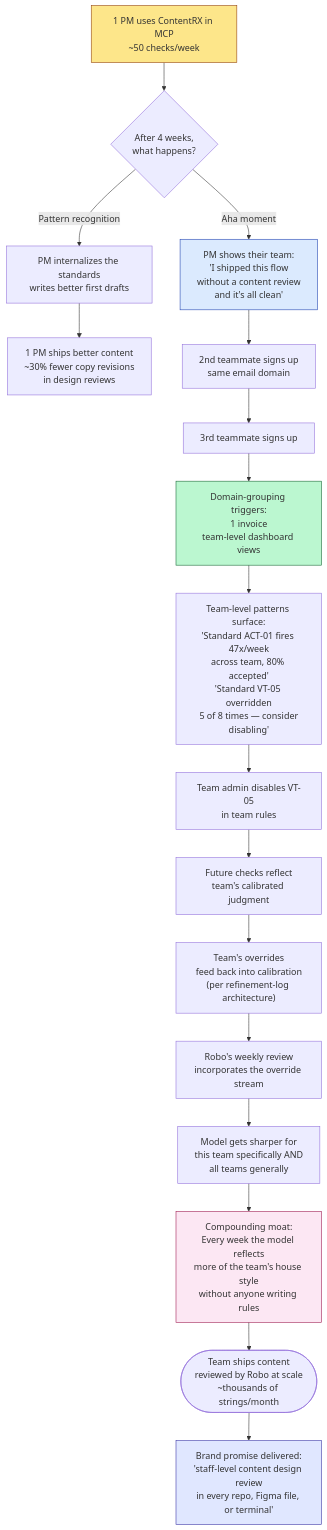
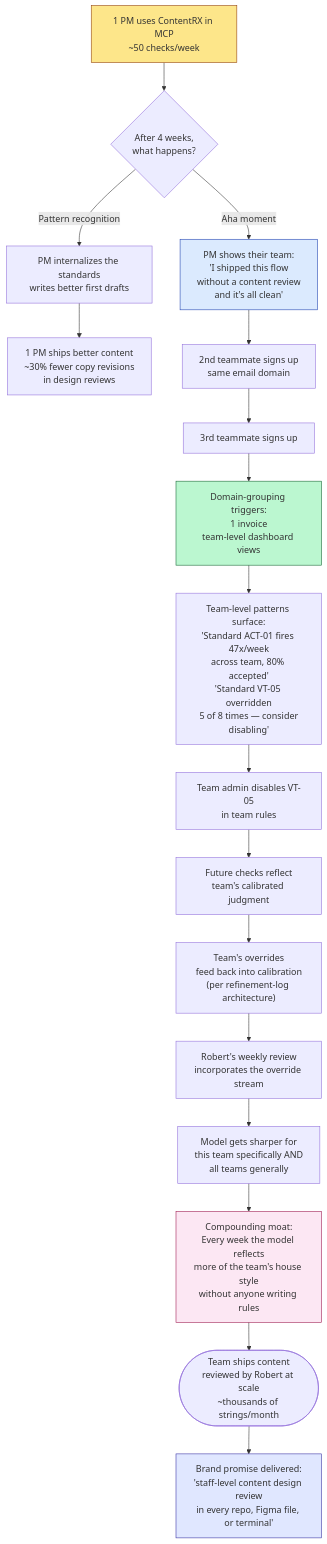
The fourth of 5 diagrams in customer-journey-diagrams-2026-04-26.md (thenewforktimes/contentRX), drawn with Mermaid before and after one commit. The commit also changed other lines of this file and 72 other files, not shown here.

First line of the commit message:
fix(site): footer on dashboard, Robert (not Robo) + staff title, kill /dashboard/calibrate

````diff
--- a/customer-journey-diagrams-2026-04-26.md
+++ b/customer-journey-diagrams-2026-04-26.md
@@ -194,45 +194,45 @@
 ```mermaid
 flowchart TD
     A[1 PM uses ContentRX in MCP<br/>~50 checks/week] --> B{After 4 weeks,<br/>what happens?}
 
     B -->|Pattern recognition| C[PM internalizes the standards<br/>writes better first drafts]
     B -->|Aha moment| D["PM shows their team:<br/>'I shipped this flow<br/>without a content review<br/>and it's all clean'"]
 
     C --> E[1 PM ships better content<br/>~30% fewer copy revisions<br/>in design reviews]
 
     D --> F[2nd teammate signs up<br/>same email domain]
     F --> G[3rd teammate signs up]
 
     G --> H[Domain-grouping triggers:<br/>1 invoice<br/>team-level dashboard views]
 
     H --> I[Team-level patterns surface:<br/>'Standard ACT-01 fires 47x/week<br/>across team, 80% accepted'<br/>'Standard VT-05 overridden<br/>5 of 8 times — consider<br/>disabling']
 
     I --> J[Team admin disables VT-05<br/>in team rules]
     J --> K[Future checks reflect<br/>team's calibrated judgment]
 
     K --> L["Team's overrides<br/>feed back into calibration<br/>(per refinement-log architecture)"]
 
-    L --> M[Robo's weekly review<br/>incorporates the override stream]
+    L --> M[Robert's weekly review<br/>incorporates the override stream]
 
     M --> N[Model gets sharper for<br/>this team specifically AND<br/>all teams generally]
 
     N --> O[Compounding moat:<br/>Every week the model reflects<br/>more of the team's house style<br/>without anyone writing rules]
 
-    O --> P([Team ships content<br/>reviewed by Robo at scale<br/>~thousands of strings/month])
+    O --> P([Team ships content<br/>reviewed by Robert at scale<br/>~thousands of strings/month])
 
 %% [Updated 2026-04-27: per-team model adaptation deferred. Today the
 %% model adapts to a team via team_rules + custom_examples (direct,
-%% instant) and via Robo's global calibration loop (indirect, slow).
+%% instant) and via Robert's global calibration loop (indirect, slow).
 %% Per-team ML fine-tuning is on the post-launch roadmap, not the
 %% launch SKU — pending customer-data validation that the demand is
 %% real. Don't ship marketing copy that claims "the model gets sharper
 %% for this team specifically" until the feature exists.]
 
     P --> Q[Brand promise delivered:<br/>'staff-level content design review<br/>in every repo, Figma file, or terminal']
 
     style A fill:#fde68a,stroke:#92400e
     style D fill:#dbeafe,stroke:#1e40af
     style H fill:#bbf7d0,stroke:#166534
     style O fill:#fce7f3,stroke:#9d174d
     style Q fill:#e0e7ff,stroke:#3730a3
 ```
````
